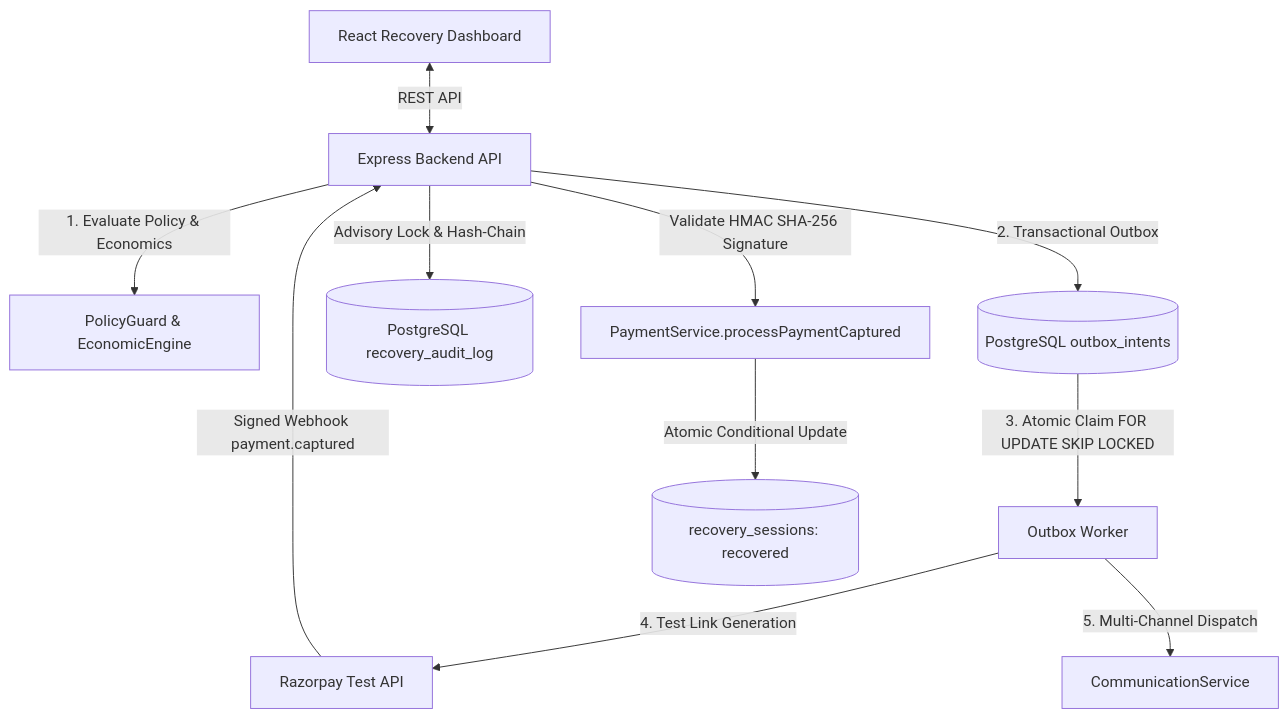
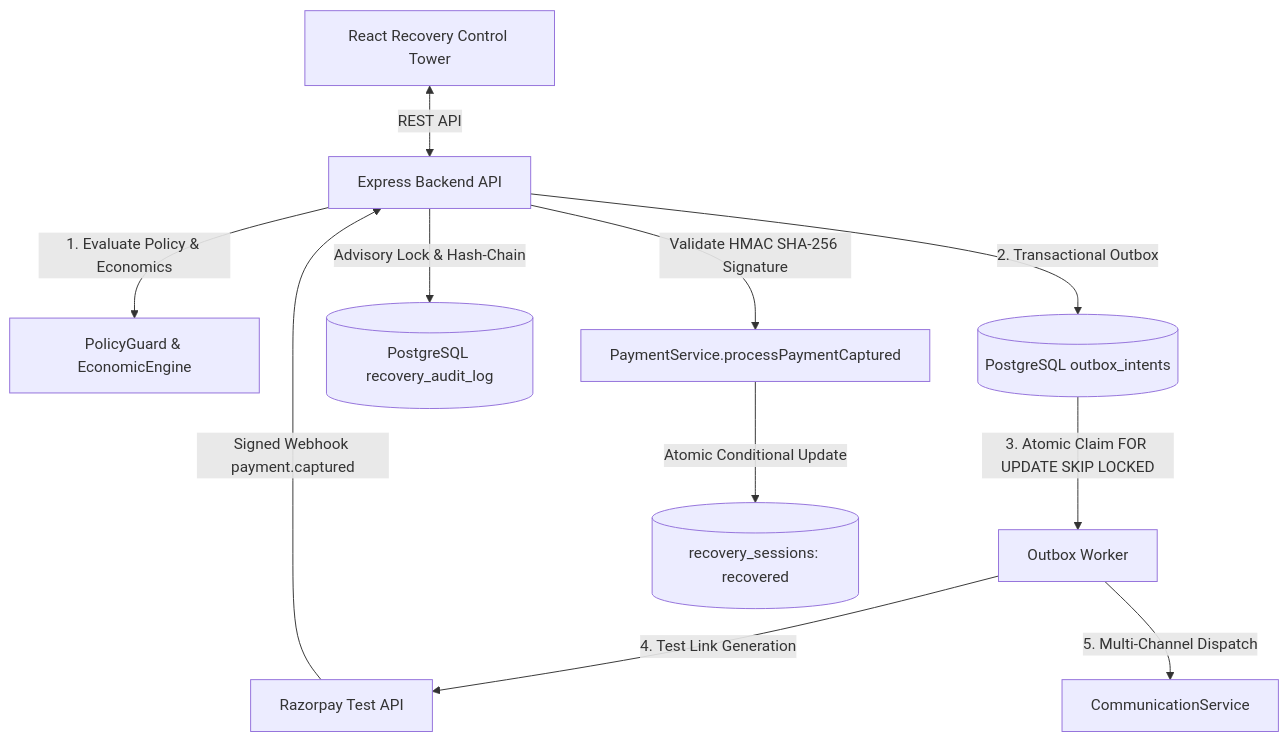
The diagram in README.md (Adityaa024/PayBack-AI), drawn with Mermaid before and after one commit. The commit also changed other lines of this file, not shown here.

````diff
--- a/README.md
+++ b/README.md
@@ -68,16 +85,16 @@
 ```mermaid
 graph TD
-    A[React Recovery Dashboard] <-->|REST API| B[Express Backend API]
+    A[React Recovery Control Tower] <-->|REST API| B[Express Backend API]
 
     B -->|1. Evaluate Policy & Economics| C[PolicyGuard & EconomicEngine]
     B -->|2. Transactional Outbox| D[(PostgreSQL outbox_intents)]
     D -->|3. Atomic Claim FOR UPDATE SKIP LOCKED| E[Outbox Worker]
     E -->|4. Test Link Generation| F[Razorpay Test API]
     E -->|5. Multi-Channel Dispatch| G[CommunicationService]
     
     B -->|Advisory Lock & Hash-Chain| H[(PostgreSQL recovery_audit_log)]
     
     F -->|Signed Webhook payment.captured| B
     B -->|Validate HMAC SHA-256 Signature| I[PaymentService.processPaymentCaptured]
     I -->|Atomic Conditional Update| J[(recovery_sessions: recovered)]
 ```
````
